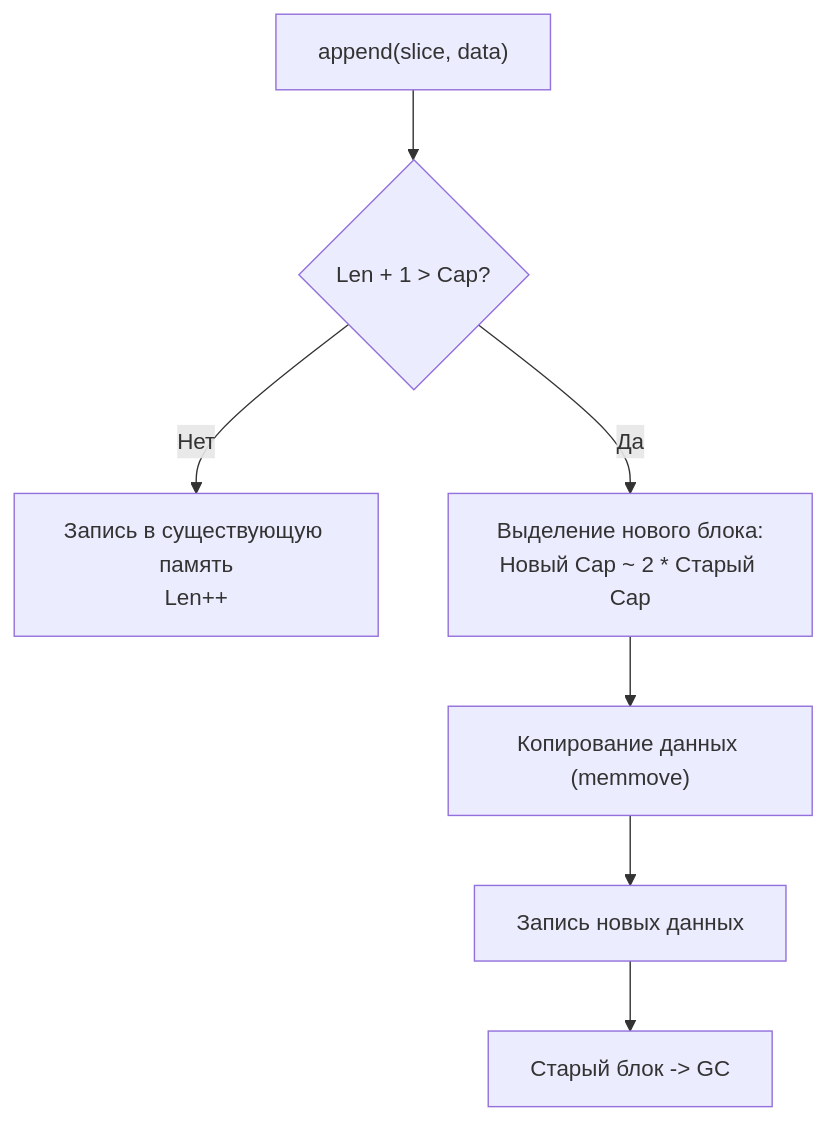
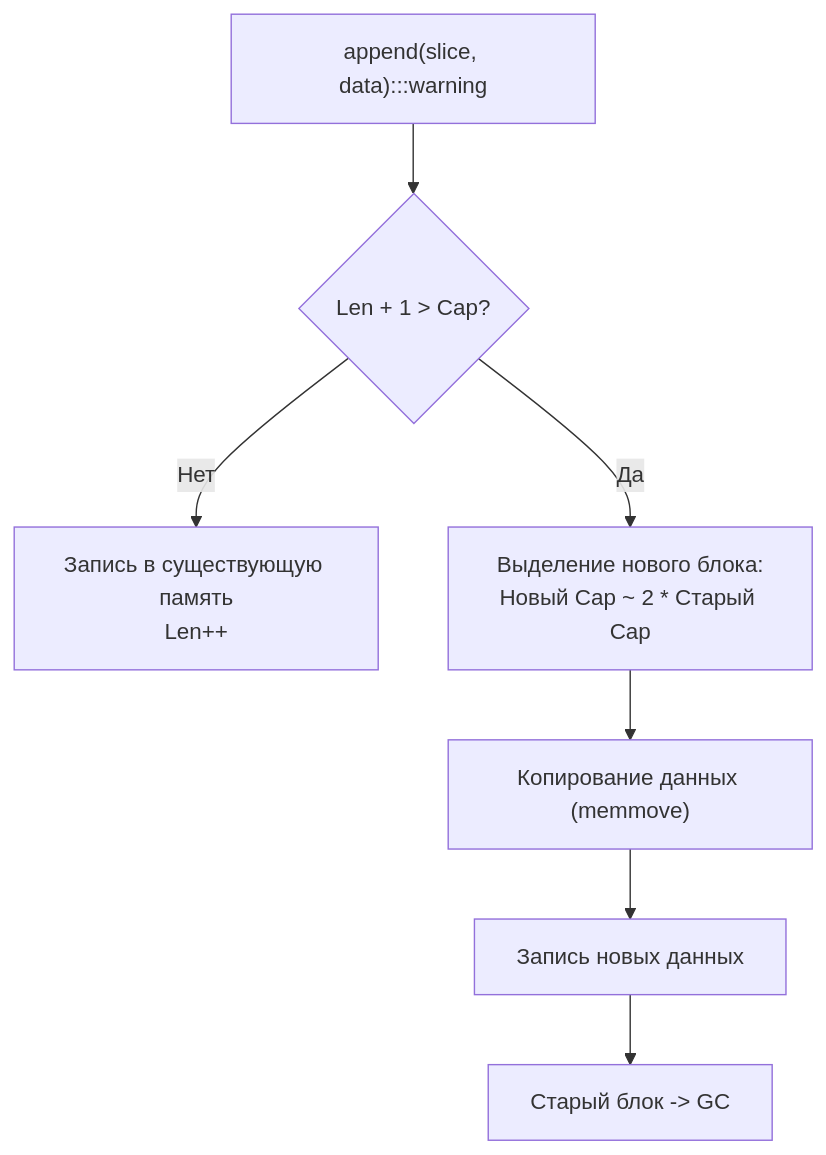
The diagram in sources/6. Стандартная библиотека Go/8. bytes. Работа с []byte и буферами.md (UnrealTemplier/go-textbook), drawn with Mermaid before and after one commit. The commit also changed 1666 other files, not shown here.

First line of the commit message:
feat(mermaid): add semantic color classDef to 1369 colorless flowchart/graph diagrams

````diff
--- a/sources/6. Стандартная библиотека Go/8. bytes. Работа с []byte и буферами.md
+++ b/sources/6. Стандартная библиотека Go/8. bytes. Работа с []byte и буферами.md
@@ -54,9 +54,19 @@
 ```mermaid
 flowchart TD
-    A["append(slice, data)"] --> B{"Len + 1 > Cap?"}
+    classDef process  fill:#1e293b,stroke:#38bdf8,stroke-width:1px,color:#f8fafc
+    classDef success  fill:#064e3b,stroke:#34d399,stroke-width:1px,color:#f8fafc
+    classDef error    fill:#7f1d1d,stroke:#f87171,stroke-width:1px,color:#f8fafc
+    classDef warning  fill:#78350f,stroke:#fbbf24,stroke-width:1px,color:#f8fafc
+    classDef entry    fill:#1e3a5f,stroke:#38bdf8,stroke-width:2px,color:#f8fafc
+    classDef aux      fill:#334155,stroke:#64748b,stroke-width:1px,color:#f8fafc
+    classDef system   fill:#312e81,stroke:#a78bfa,stroke-width:1px,color:#f8fafc
+    classDef data     fill:#132d29,stroke:#2dd4bf,stroke-width:1px,color:#f8fafc
+    classDef network  fill:#881337,stroke:#fb7185,stroke-width:1px,color:#f8fafc
+    classDef accent   fill:#1e1b4b,stroke:#818cf8,stroke-width:1px,color:#f8fafc
+    A["append(slice, data):::warning"] --> B{"Len + 1 > Cap?"}
     B -->|Нет| C["Запись в существующую память<br>Len++"]
     B -->|Да| D["Выделение нового блока:<br>Новый Cap ~ 2 * Старый Cap"]
     D --> E["Копирование данных (memmove)"]
     E --> F["Запись новых данных"]
     F --> G["Старый блок -> GC"]
 ```
````
